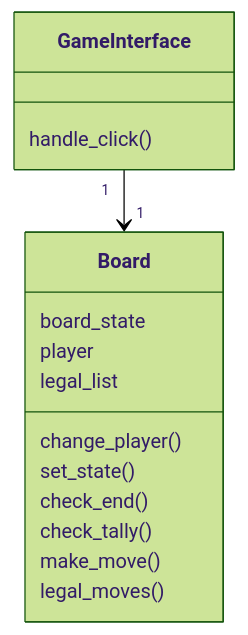
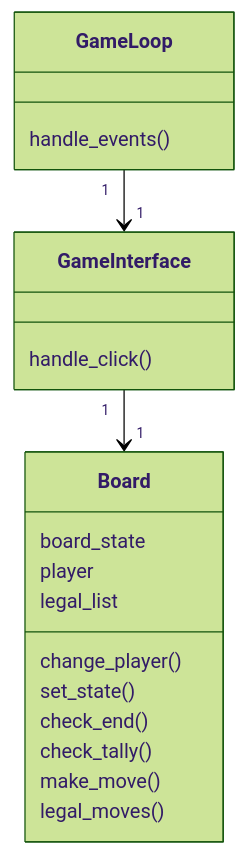
The second of 3 diagrams in othello/dokumentaatio/arkkitehtuuri.md (ArtturiV/ot-harjoitustyo), drawn with Mermaid (forest theme) before and after one commit. The commit also changed other lines of this file, not shown here.

````diff
--- a/othello/dokumentaatio/arkkitehtuuri.md
+++ b/othello/dokumentaatio/arkkitehtuuri.md
@@ -16,18 +24,22 @@
 ```mermaid
  classDiagram
+	GameLoop "1" --> "1" GameInterface
 	GameInterface "1" --> "1" Board
+	class GameLoop{
+		handle_events()
+	}
 	class GameInterface{
 		handle_click()
 	}
 	class Board{
 		board_state
 		player
 		legal_list
 		change_player()
 		set_state()
 		check_end()
 		check_tally()
 		make_move()
 		legal_moves()
 	}
 ```
````
